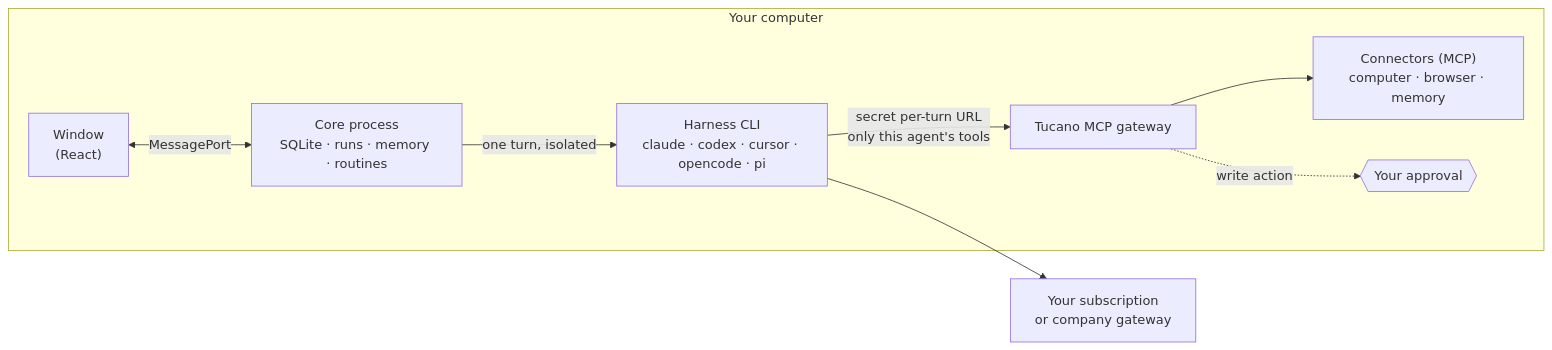
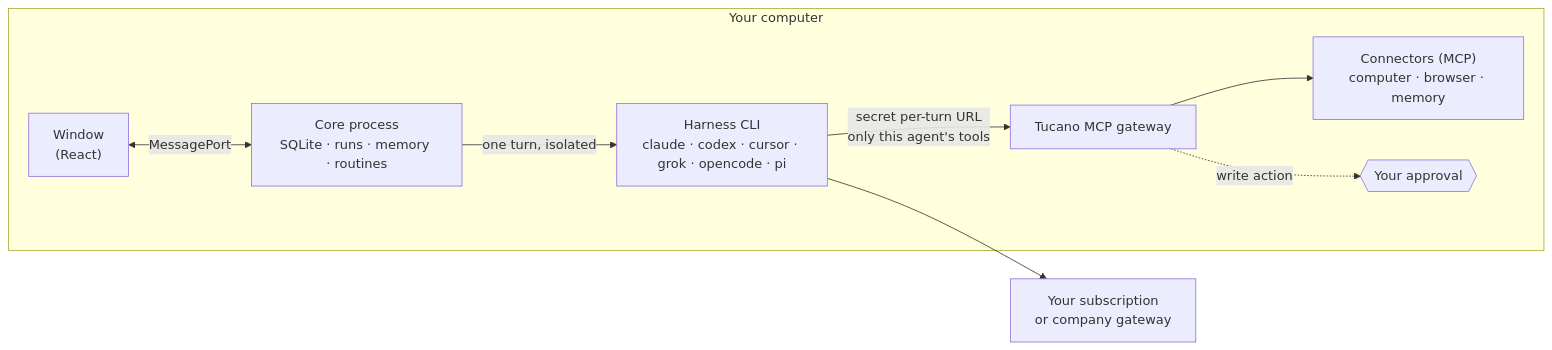
The diagram in README.md (eduwxyz/tucano), drawn with Mermaid before and after one commit. The commit also changed other lines of this file and 33 other files, not shown here.

First line of the commit message:
Add Grok CLI as a harness

````diff
--- a/README.md
+++ b/README.md
@@ -160,11 +161,11 @@
 ```mermaid
 flowchart LR
   subgraph Mac["Your computer"]
     UI["Window<br/>(React)"] <-->|MessagePort| Core["Core process<br/>SQLite · runs · memory · routines"]
-    Core -->|"one turn, isolated"| CLI["Harness CLI<br/>claude · codex · cursor · opencode · pi"]
+    Core -->|"one turn, isolated"| CLI["Harness CLI<br/>claude · codex · cursor · grok · opencode · pi"]
     CLI -->|"secret per-turn URL<br/>only this agent's tools"| GW["Tucano MCP gateway"]
     GW --> Tools["Connectors (MCP)<br/>computer · browser · memory"]
     GW -.->|"write action"| OK{{"Your approval"}}
   end
   CLI --> Model["Your subscription<br/>or company gateway"]
 ```
````
